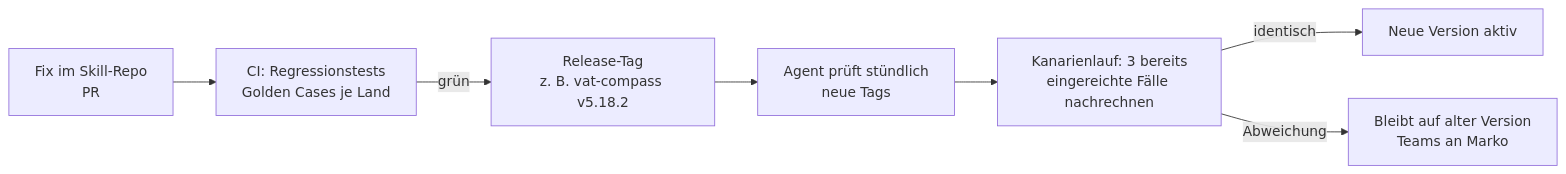
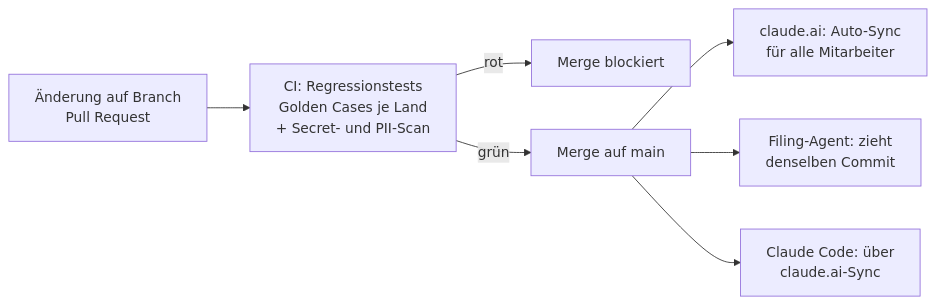
Before and after one commit to SingularityTax/Claude-Agents: the third of 4 diagrams in docs/filing-agent/PLAN.md, drawn with Mermaid. The commit also changed other lines of this file, not shown here.

First line of the commit message:
Filing agent plan: single-source skill deployment via GitHub sync

````diff
--- a/docs/filing-agent/PLAN.md
+++ b/docs/filing-agent/PLAN.md
@@ -175,9 +188,9 @@
 ```mermaid
 flowchart LR
-    A[Fix im Skill-Repo<br/>PR] --> B[CI: Regressionstests<br/>Golden Cases je Land]
-    B -->|grün| C[Release-Tag<br/>z. B. vat-compass v5.18.2]
-    C --> D[Agent prüft stündlich<br/>neue Tags]
-    D --> E[Kanarienlauf: 3 bereits<br/>eingereichte Fälle nachrechnen]
-    E -->|identisch| F[Neue Version aktiv]
-    E -->|Abweichung| G[Bleibt auf alter Version<br/>Teams an Marko]
+    A[Änderung auf Branch<br/>Pull Request] --> B[CI: Regressionstests<br/>Golden Cases je Land<br/>+ Secret- und PII-Scan]
+    B -->|rot| X[Merge blockiert]
+    B -->|grün| C[Merge auf main]
+    C --> D[claude.ai: Auto-Sync<br/>für alle Mitarbeiter]
+    C --> E[Filing-Agent: zieht<br/>denselben Commit]
+    C --> F[Claude Code: über<br/>claude.ai-Sync]
 ```
````
